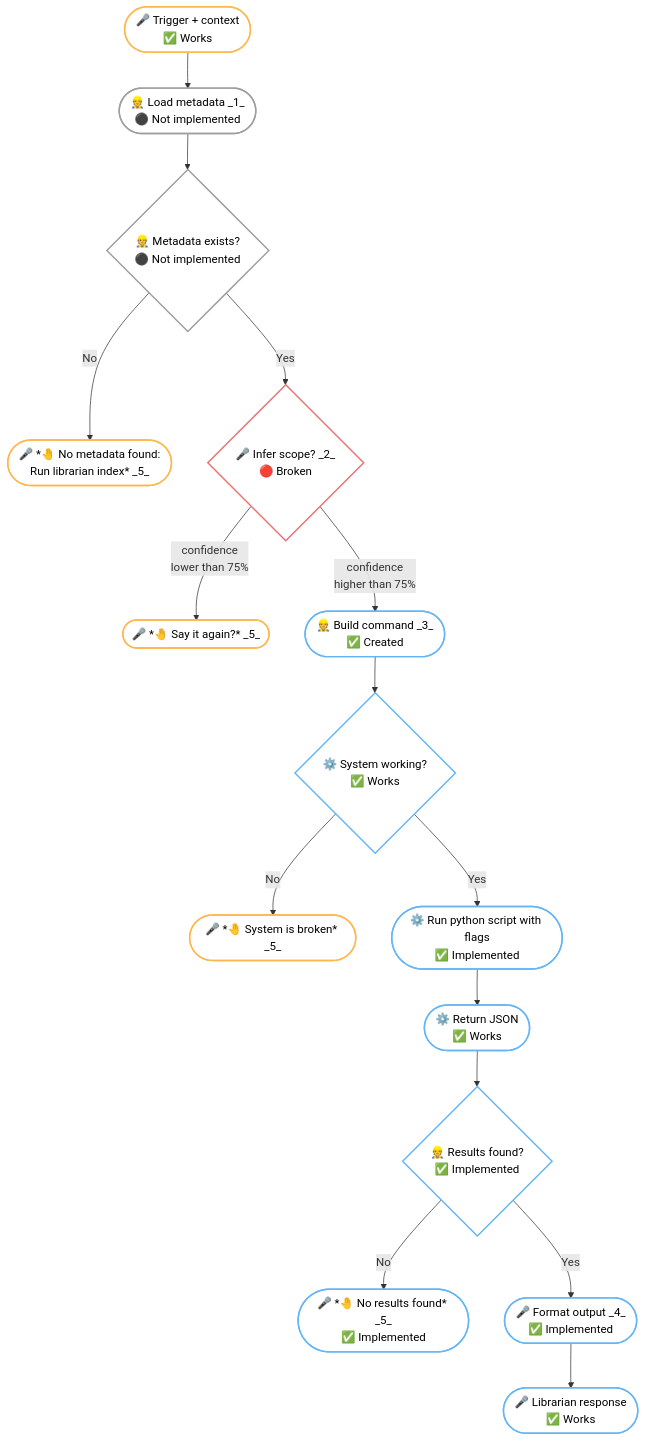
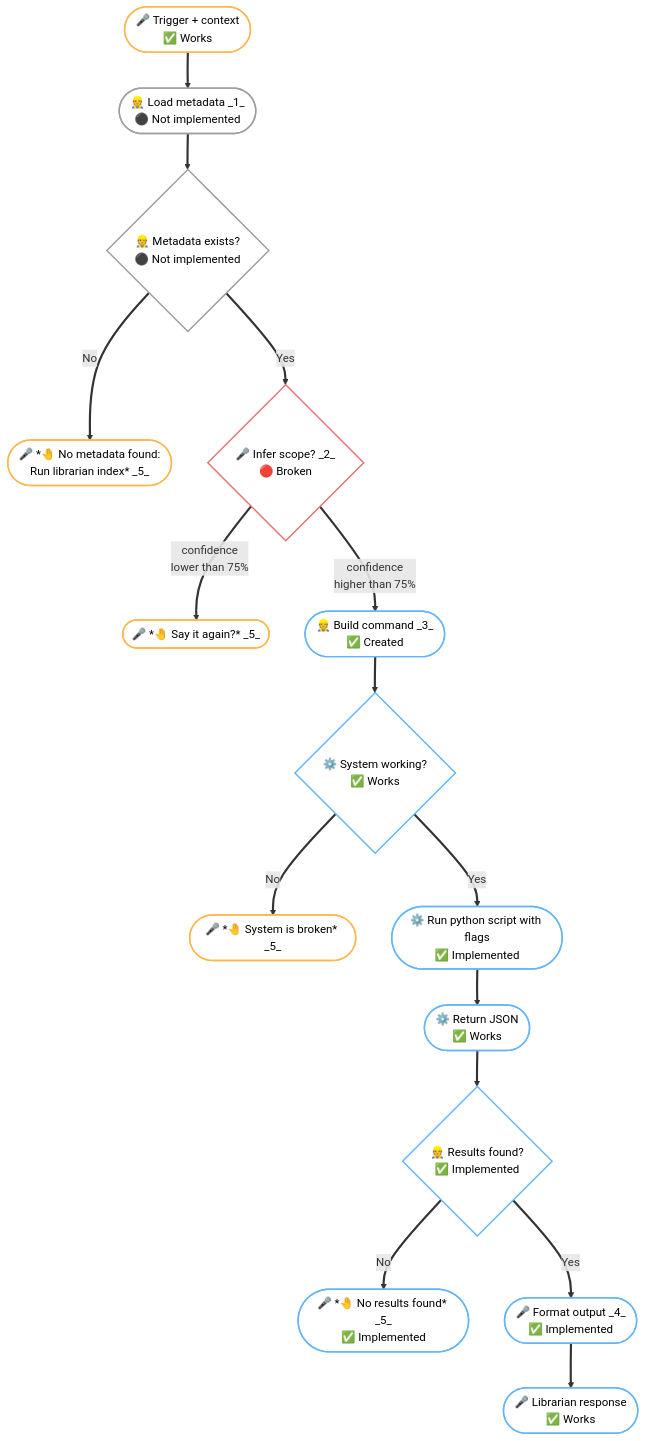
Before and after one commit to nonlinear/librarian: the first of 2 diagrams in backstage/epic-notes/v0.15.0-skill-protocol.md, drawn with Mermaid.

Commit message:
epic-15: Set all arrows to 3px width (linkStyle default)

````diff
--- a/backstage/epic-notes/v0.15.0-skill-protocol.md
+++ b/backstage/epic-notes/v0.15.0-skill-protocol.md
@@ -3,41 +3,43 @@
 ```mermaid
 flowchart TB
     TRIGGER(["🎤 Trigger + context<br/>✅ Works"])
     TRIGGER --> METADATA(["👷 Load metadata _1_<br/>⚫ Not implemented"])
     METADATA --> CHECK{"👷 Metadata exists?<br/>⚫ Not implemented"}
     
     CHECK -->|"No"| ERROR(["🎤 *🤚 No metadata found:<br>Run librarian index* _5_"])
     CHECK -->|"Yes"| INFER{"🎤 Infer scope? _2_<br/>🔴 Broken"}
     
     INFER -->|"confidence<br>lower than 75%"| CLARIFY(["🎤 *🤚 Say it again?* _5_"])
     INFER -->|"confidence<br>higher than 75%"| BUILD(["👷 Build command _3_<br/>✅ Created"])
     
     BUILD --> CHECK_SYSTEM{"⚙️ System working?<br/>✅ Works"}
     
     CHECK_SYSTEM -->|"No"| BROKEN(["🎤 *🤚 System is broken* _5_"])
     CHECK_SYSTEM -->|"Yes"| EXEC(["⚙️ Run python script with flags<br/>✅ Implemented"])
     
     EXEC --> JSON(["⚙️ Return JSON<br/>✅ Works"])
     JSON --> CHECK_RESULTS{"👷 Results found?<br/>✅ Implemented"}
     
     CHECK_RESULTS -->|"No"| EMPTY(["🎤 *🤚 No results found* _5_<br/>✅ Implemented"])
     CHECK_RESULTS -->|"Yes"| FORMAT(["🎤 Format output _4_<br/>✅ Implemented"])
     
     FORMAT --> RESPONSE(["🎤 Librarian response<br/>✅ Works"])
     
     style TRIGGER fill:#FFFFFF,stroke:#FFB74D,stroke-width:2px,color:#000
     style METADATA fill:#FFFFFF,stroke:#9E9E9E,stroke-width:2px,color:#000
     style INFER fill:#FFFFFF,stroke:#E57373,stroke-width:2px,color:#000
     style CLARIFY fill:#FFFFFF,stroke:#FFB74D,stroke-width:2px,color:#000
     style BUILD fill:#FFFFFF,stroke:#64B5F6,stroke-width:2px,color:#000
     style EXEC fill:#FFFFFF,stroke:#64B5F6,stroke-width:2px,color:#000
     style JSON fill:#FFFFFF,stroke:#64B5F6,stroke-width:2px,color:#000
     style FORMAT fill:#FFFFFF,stroke:#64B5F6,stroke-width:2px,color:#000
     style RESPONSE fill:#FFFFFF,stroke:#64B5F6,stroke-width:2px,color:#000
     style CHECK fill:#FFFFFF,stroke:#9E9E9E,stroke-width:2px,color:#000
     style ERROR fill:#FFFFFF,stroke:#FFB74D,stroke-width:2px,color:#000
     style CHECK_SYSTEM fill:#FFFFFF,stroke:#64B5F6,stroke-width:2px,color:#000
     style BROKEN fill:#FFFFFF,stroke:#FFB74D,stroke-width:2px,color:#000
     style CHECK_RESULTS fill:#FFFFFF,stroke:#64B5F6,stroke-width:2px,color:#000
     style EMPTY fill:#FFFFFF,stroke:#64B5F6,stroke-width:2px,color:#000
+    
+    linkStyle default stroke-width:3px
 ```
````
